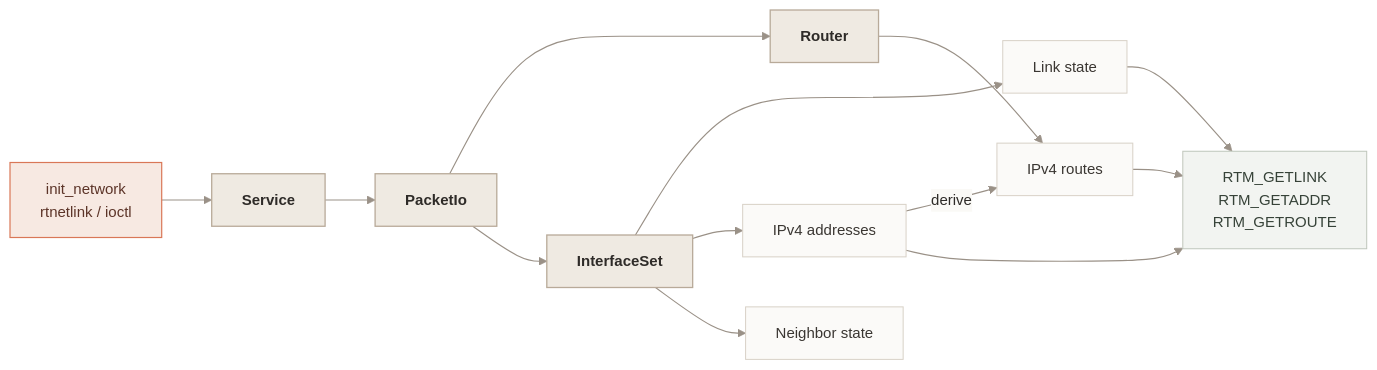
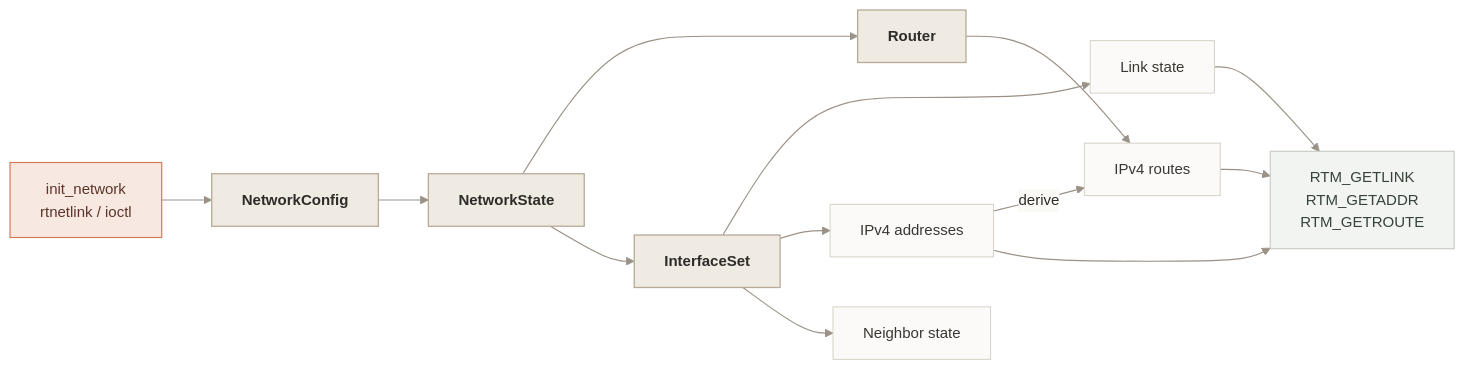
Before and after one commit to edidada/x-kernel: the fourth of 5 diagrams in net/knet/docs/design.md, drawn with Mermaid. The commit also changed other lines of this file and 30 other files, not shown here.

````diff
--- a/net/knet/docs/design.md
+++ b/net/knet/docs/design.md
@@ -435,57 +501,57 @@
 ```mermaid
 %%{init: {
   "theme": "base",
   "themeVariables": {
     "fontFamily": "Inter, ui-sans-serif, system-ui, sans-serif",
     "fontSize": "15px",
     "background": "#FAF9F6",
     "primaryColor": "#F5F2EC",
     "primaryBorderColor": "#CFC8BD",
     "primaryTextColor": "#2E2B28",
     "lineColor": "#9A9187",
     "edgeLabelBackground": "#FAF9F6"
   }
 }}%%
 
 flowchart LR
 
     CONFIG["init_network<br/>rtnetlink / ioctl"]
-    SERVICE["Service"]
+    SERVICE["NetworkConfig"]
     ROUTER["Router"]
-    IO["PacketIo"]
+    IO["NetworkState"]
     INTERFACES["InterfaceSet"]
 
     LINK["Link state"]
     ADDR["IPv4 addresses"]
     ROUTE["IPv4 routes"]
     NEIGH["Neighbor state"]
 
     QUERY["RTM_GETLINK<br/>RTM_GETADDR<br/>RTM_GETROUTE"]
 
     CONFIG --> SERVICE
     SERVICE --> IO
     IO --> ROUTER & INTERFACES
 
     INTERFACES --> LINK
     INTERFACES --> ADDR
     ROUTER --> ROUTE
     INTERFACES --> NEIGH
 
     ADDR -->|"derive"| ROUTE
 
     LINK --> QUERY
     ADDR --> QUERY
     ROUTE --> QUERY
 
     classDef entry fill:#F7E9E2,stroke:#D97757,stroke-width:1.2px,color:#5C3428;
     classDef core fill:#EFEAE2,stroke:#B8AA99,stroke-width:1.3px,color:#2E2B28,font-weight:600;
     classDef state fill:#FBFAF8,stroke:#D8D1C7,stroke-width:1px,color:#3A3632;
     classDef query fill:#F2F4F1,stroke:#BFC6BC,stroke-width:1px,color:#364238;
 
     class CONFIG entry;
     class SERVICE,IO,ROUTER,INTERFACES core;
     class LINK,ADDR,ROUTE,NEIGH state;
     class QUERY query;
 
     linkStyle default stroke:#9A9187,stroke-width:1.15px;
 ```
````
